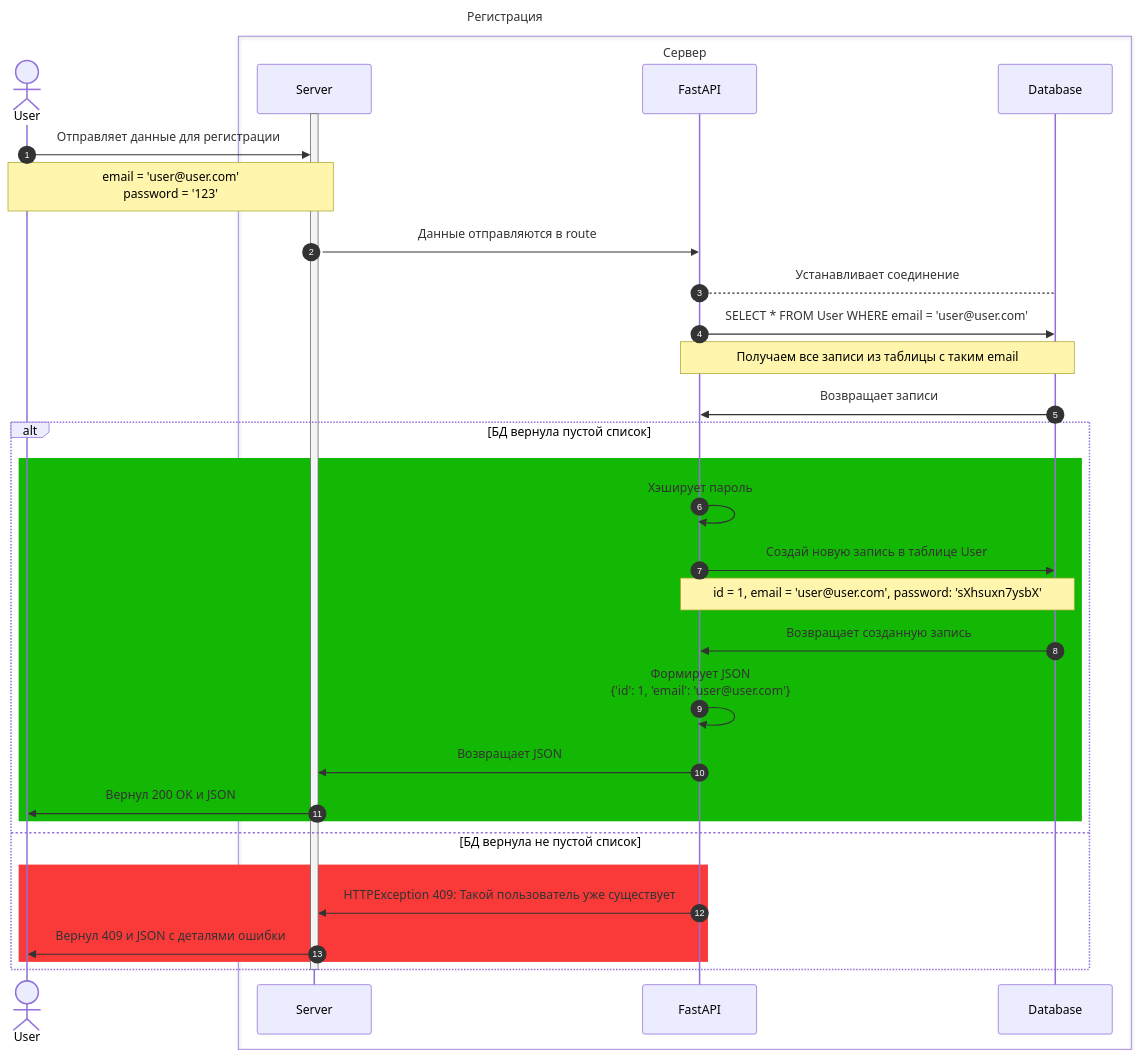
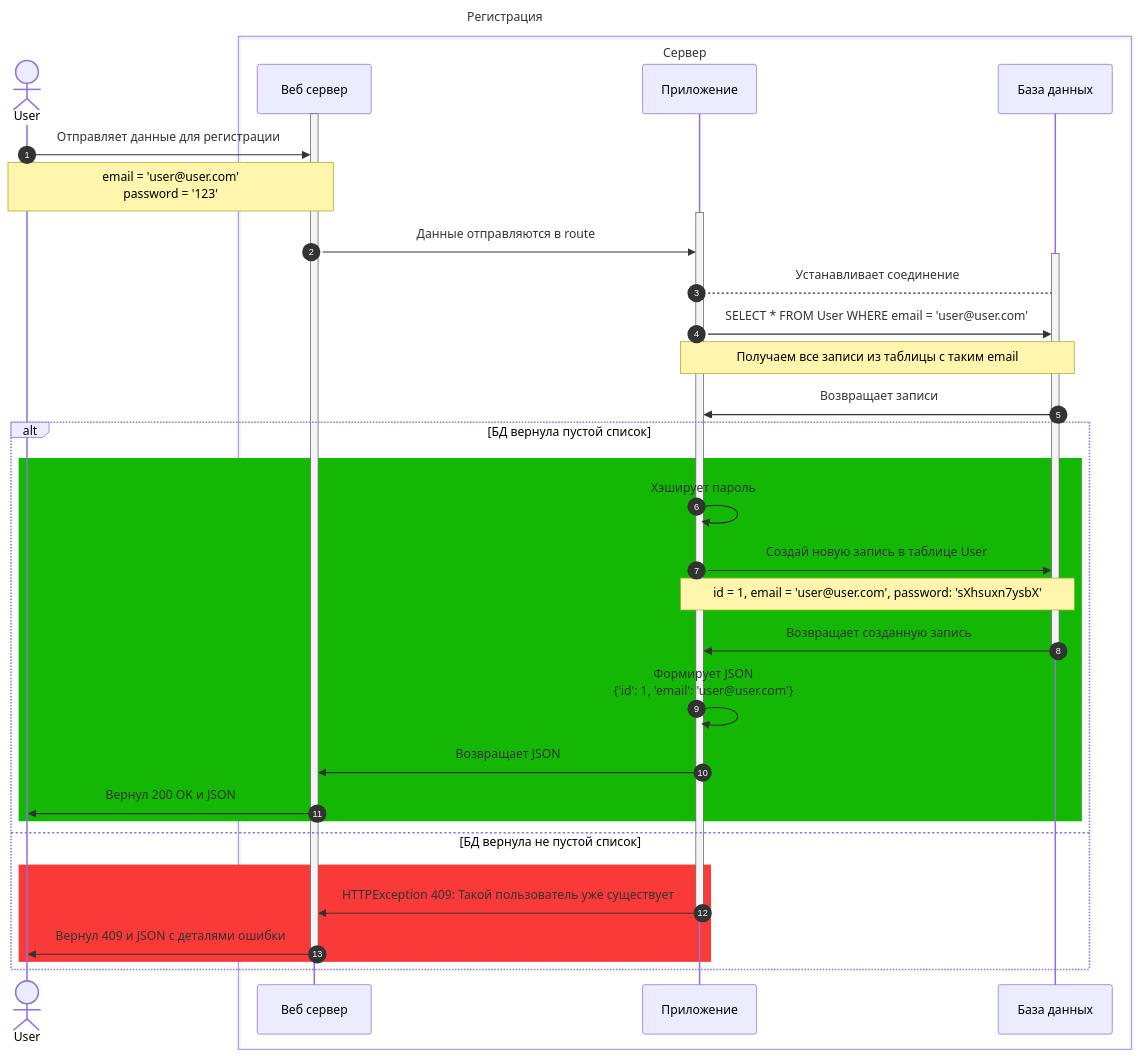
Before and after one commit to raphaelgolubev/gamebuddy_app: the diagram in docs/APP.md, drawn with Mermaid.

Commit message:
обновил APP.md

````diff
--- a/docs/APP.md
+++ b/docs/APP.md
@@ -30,47 +30,51 @@
 ```mermaid
 ---
 title: Регистрация
 ---
 sequenceDiagram
     autonumber
 
     actor U as User
     box transparent Сервер
-        participant S as Server
-        participant App as FastAPI
-        participant DB as Database
+        participant S as Веб сервер
+        participant App as Приложение
+        participant DB as База данных
     end
 
     
     activate S
 
     U ->> S: Отправляет данные для регистрации
     Note over U,S: email = 'user@user.com'<br/>password = '123'
 
+    activate App
     S ->> App: Данные отправляются в route
 
+    activate DB
     App --> DB: Устанавливает соединение
     App ->> DB: SELECT * FROM User WHERE email = 'user@user.com'
     Note over App,DB: Получаем все записи из таблицы с таким email
 
     DB ->> App: Возвращает записи
 
     alt БД вернула пустой список
       rect rgb(19, 184, 4)
         App ->> App: Хэширует пароль
         App ->> DB: Создай новую запись в таблице User
         Note over App, DB: id = 1, email = 'user@user.com', password: 'sXhsuxn7ysbX'
         DB ->> App: Возвращает созданную запись
+        deactivate DB
         App ->> App: Формирует JSON<br/> {'id': 1, 'email': 'user@user.com'}
         App ->> S: Возвращает JSON
         S ->> U: Вернул 200 OK и JSON
       end
     else БД вернула не пустой список
       rect rgb(250, 57, 57)
         App ->> S: HTTPException 409: Такой пользователь уже существует
+        deactivate App
         S ->> U: Вернул 409 и JSON с деталями ошибки
+        deactivate S
       end
     end
 
-    deactivate S
 ```
````
